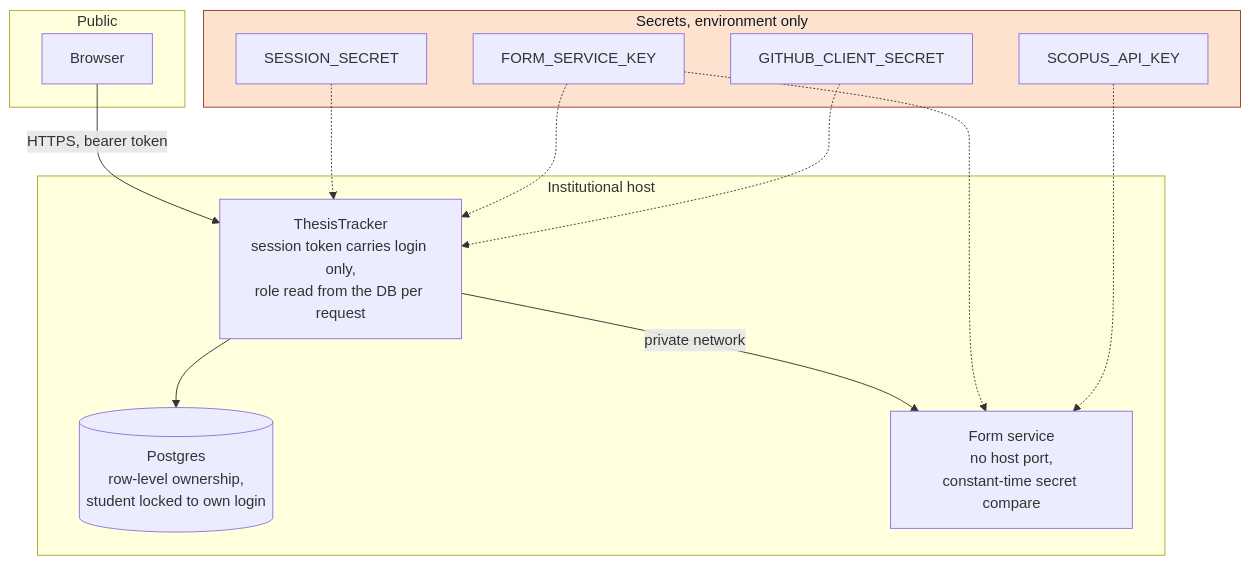
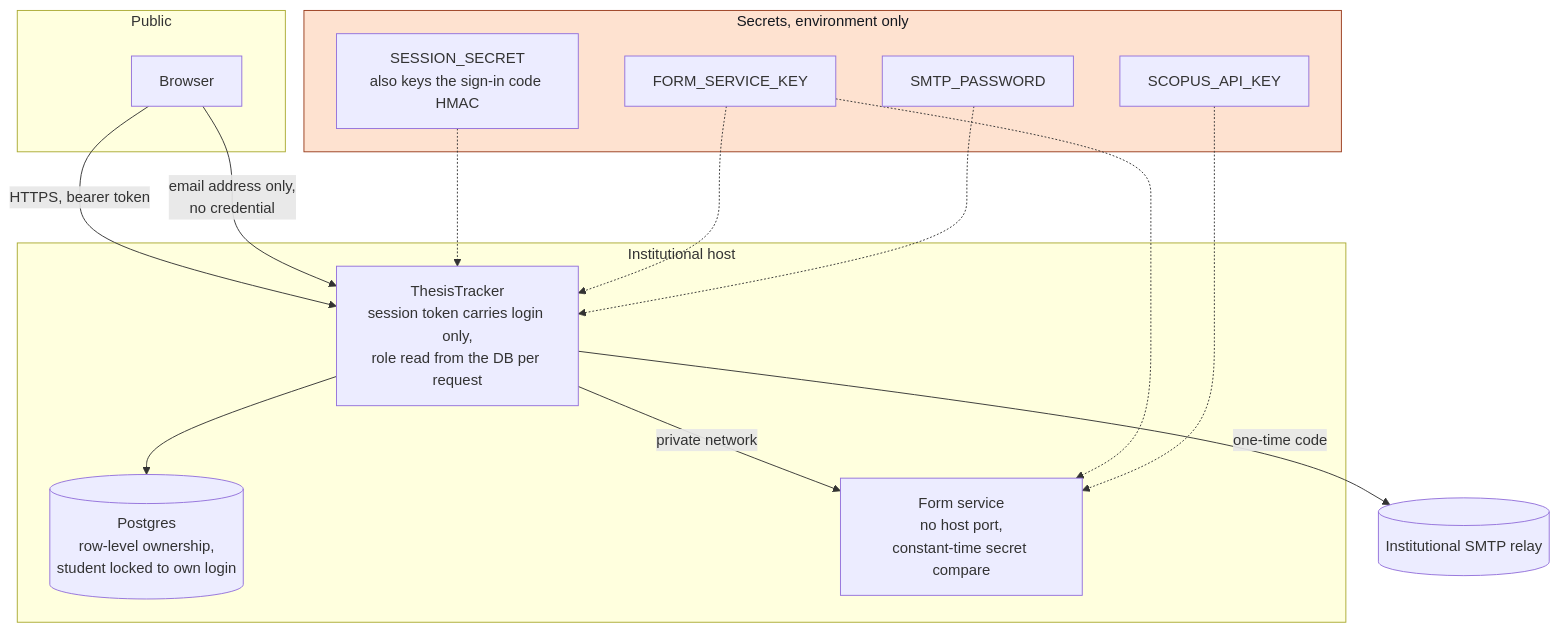
Diagram 11 of 11 in NEW_ARCHITECTURE.md (LARi-UQAC/ResearchTools), drawn with Mermaid before and after one commit. The commit also changed other lines of this file, not shown here.

First line of the commit message:
docs: email-code authentication replaces GitHub OAuth in the architecture

````diff
--- a/NEW_ARCHITECTURE.md
+++ b/NEW_ARCHITECTURE.md
@@ -438,29 +455,32 @@
 ```mermaid
 flowchart TB
   subgraph PUB["Public"]
     B["Browser"]
   end
   subgraph INST["Institutional host"]
     A["ThesisTracker<br/>session token carries login only,<br/>role read from the DB per request"]
     D[("Postgres<br/>row-level ownership,<br/>student locked to own login")]
     F["Form service<br/>no host port,<br/>constant-time secret compare"]
   end
   subgraph SEC["Secrets, environment only"]
-    K1["SESSION_SECRET"]
+    K1["SESSION_SECRET<br/>also keys the sign-in code HMAC"]
     K2["FORM_SERVICE_KEY"]
     K3["SCOPUS_API_KEY"]
-    K4["GITHUB_CLIENT_SECRET"]
+    K4["SMTP_PASSWORD"]
   end
+  MAIL[("Institutional SMTP relay")]
 
   B -->|"HTTPS, bearer token"| A
+  B -->|"email address only,<br/>no credential"| A
   A --> D
   A -->|"private network"| F
+  A -->|"one-time code"| MAIL
   K1 -.-> A
   K2 -.-> A
   K2 -.-> F
   K3 -.-> F
   K4 -.-> A
 
   classDef never fill:#FEE2D0,stroke:#993C1D,color:#14181F
   class SEC never
 ```
````
